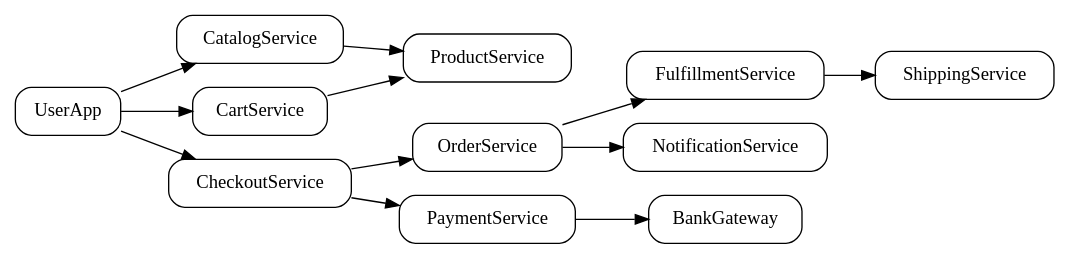
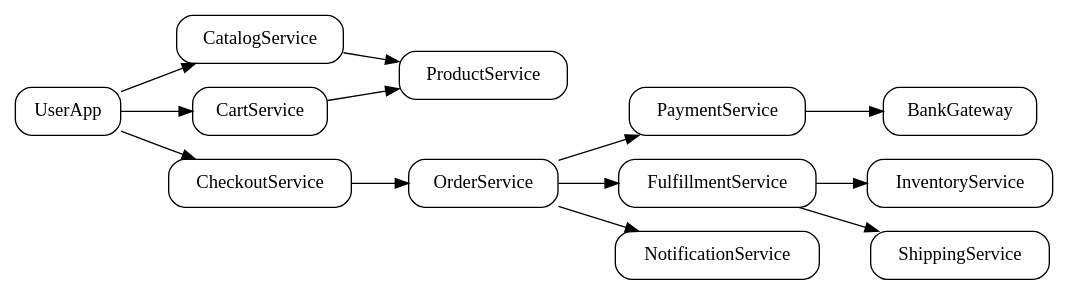
One commit to rcook0/Shopcart changed the diagram in sc_digraph.dot. Above: the diagram before and after it, drawn with Graphviz.

```diff
--- a/sc_digraph.dot
+++ b/sc_digraph.dot
@@ -1,19 +1,20 @@
-digraph ShoppingCart {
+digraph Store {
   rankdir=LR;
   node [shape=box, style=rounded];
 
   UserApp -> CatalogService;
   CatalogService -> ProductService;
 
   UserApp -> CartService;
   CartService -> ProductService;
 
   UserApp -> CheckoutService;
   CheckoutService -> OrderService;
-  CheckoutService -> PaymentService;
+  OrderService -> PaymentService;
+  PaymentService -> BankGateway;
 
-  PaymentService -> BankGateway;
   OrderService -> FulfillmentService;
+  FulfillmentService -> InventoryService;
   FulfillmentService -> ShippingService;
   OrderService -> NotificationService;
 }
```
